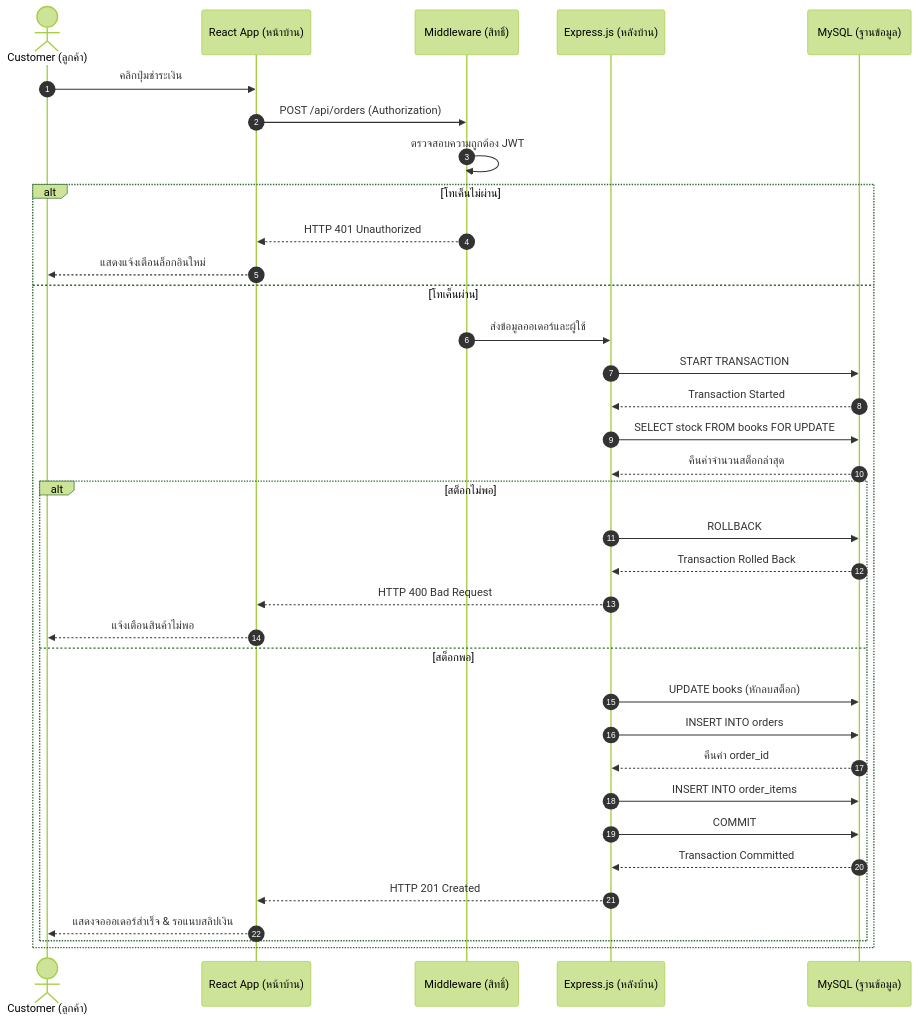
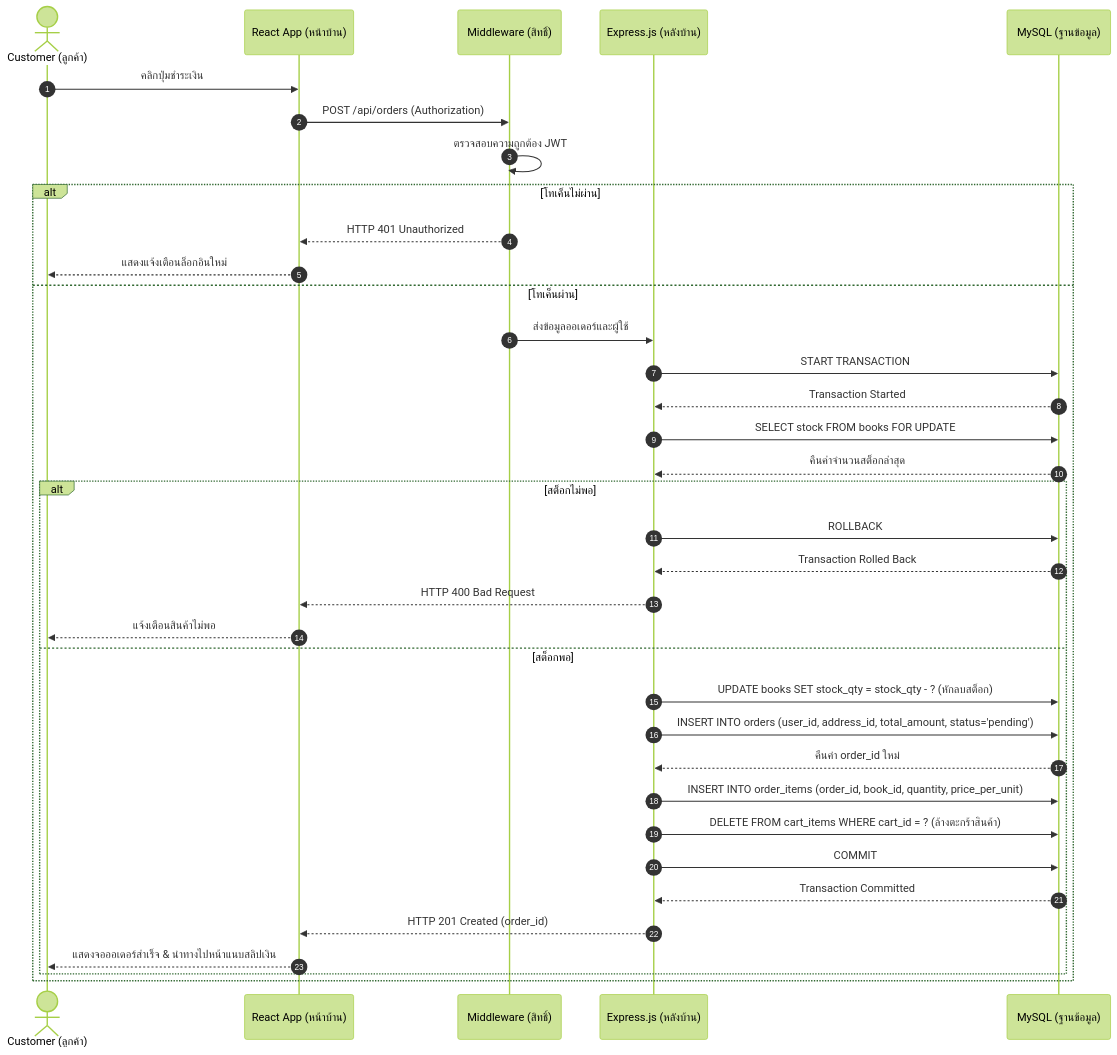
The fifth of 13 diagrams in Diagram.md (SupvichSpuGM/online-bookstore), drawn with Mermaid (forest theme) before and after one commit. The commit also changed other lines of this file and 1 other file, not shown here.

````diff
--- a/Diagram.md
+++ b/Diagram.md
@@ -289,40 +348,41 @@
 ```mermaid
 sequenceDiagram
     autonumber
     actor Customer as Customer (ลูกค้า)
     participant Client as React App (หน้าบ้าน)
     participant AuthMW as Middleware (สิทธิ์)
     participant API as Express.js (หลังบ้าน)
     participant DB as MySQL (ฐานข้อมูล)
 
     Customer->>Client: คลิกปุ่มชำระเงิน
     Client->>AuthMW: POST /api/orders (Authorization)
     AuthMW->>AuthMW: ตรวจสอบความถูกต้อง JWT
 
     alt โทเค็นไม่ผ่าน
         AuthMW-->>Client: HTTP 401 Unauthorized
         Client-->>Customer: แสดงแจ้งเตือนล็อกอินใหม่
     else โทเค็นผ่าน
         AuthMW->>API: ส่งข้อมูลออเดอร์และผู้ใช้
         API->>DB: START TRANSACTION
         DB-->>API: Transaction Started
         API->>DB: SELECT stock FROM books FOR UPDATE
         DB-->>API: คืนค่าจำนวนสต็อกล่าสุด
 
         alt สต็อกไม่พอ
             API->>DB: ROLLBACK
             DB-->>API: Transaction Rolled Back
             API-->>Client: HTTP 400 Bad Request
             Client-->>Customer: แจ้งเตือนสินค้าไม่พอ
         else สต็อกพอ
-            API->>DB: UPDATE books (หักลบสต็อก)
-            API->>DB: INSERT INTO orders
-            DB-->>API: คืนค่า order_id
-            API->>DB: INSERT INTO order_items
+            API->>DB: UPDATE books SET stock_qty = stock_qty - ? (หักลบสต็อก)
+            API->>DB: INSERT INTO orders (user_id, address_id, total_amount, status='pending')
+            DB-->>API: คืนค่า order_id ใหม่
+            API->>DB: INSERT INTO order_items (order_id, book_id, quantity, price_per_unit)
+            API->>DB: DELETE FROM cart_items WHERE cart_id = ? (ล้างตะกร้าสินค้า)
             API->>DB: COMMIT
             DB-->>API: Transaction Committed
-            API-->>Client: HTTP 201 Created
-            Client-->>Customer: แสดงจอออเดอร์สำเร็จ & รอแนบสลิปเงิน
+            API-->>Client: HTTP 201 Created (order_id)
+            Client-->>Customer: แสดงจอออเดอร์สำเร็จ & นำทางไปหน้าแนบสลิปเงิน
         end
     end
 ```
````
